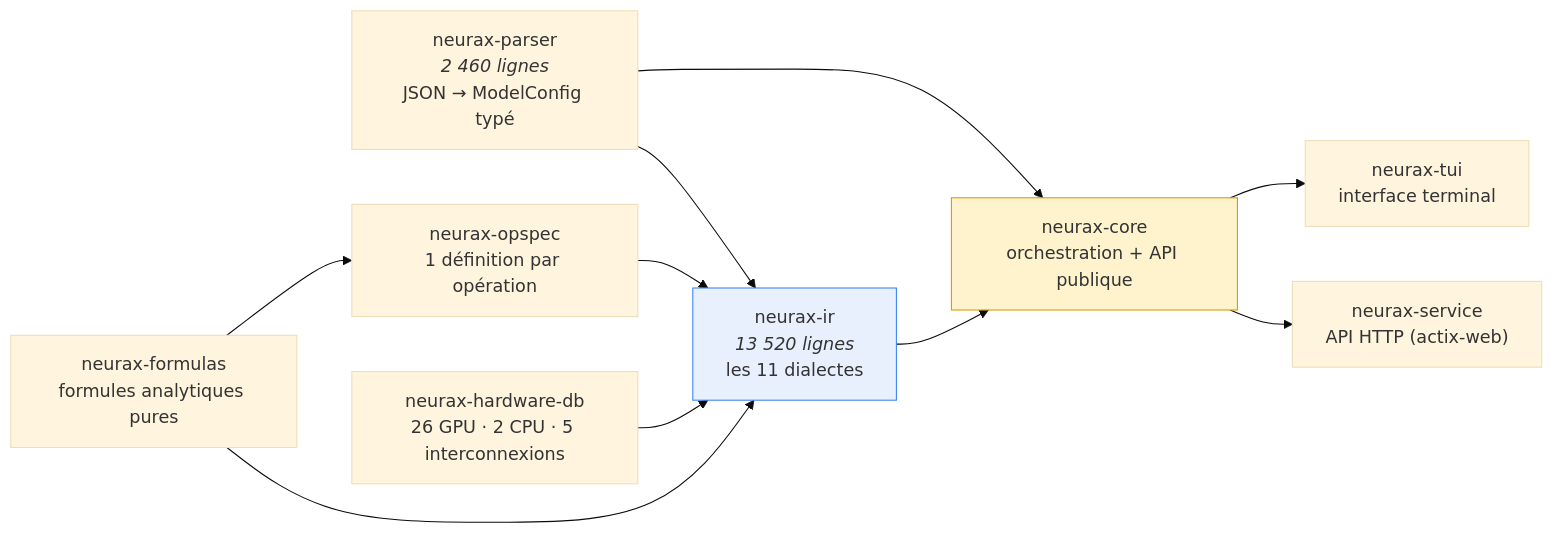
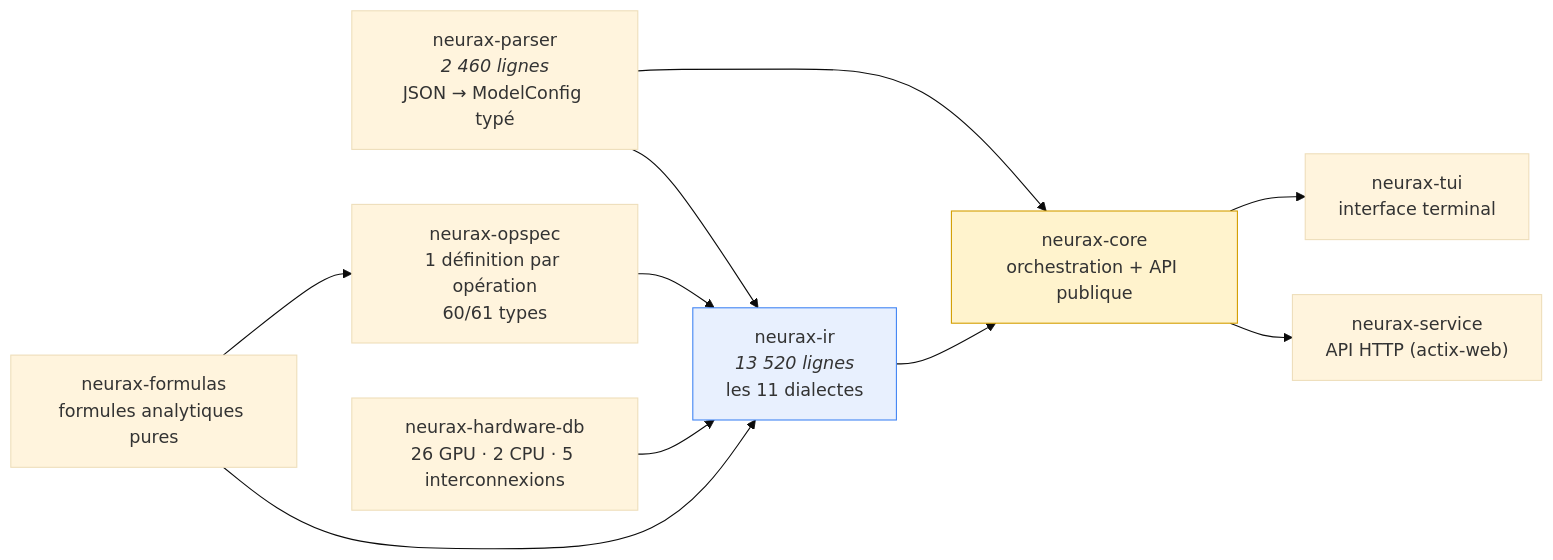
One commit to rustnew/NEURAX changed the third of 36 diagrams in docs.md. Above: the diagram before and after it, drawn with Mermaid (base theme). The commit also changed other lines of this file, not shown here.

First line of the commit message:
docs: correct OpSpec coverage — 60 of 61 layer types, not 22

````diff
--- a/docs.md
+++ b/docs.md
@@ -236,24 +236,24 @@
 ```mermaid
 flowchart LR
     parser["neurax-parser<br/><i>2 460 lignes</i><br/>JSON → ModelConfig typé"]
     ir["neurax-ir<br/><i>13 520 lignes</i><br/>les 11 dialectes"]
     formulas["neurax-formulas<br/>formules analytiques pures"]
-    opspec["neurax-opspec<br/>1 définition par opération"]
+    opspec["neurax-opspec<br/>1 définition par opération<br/>60/61 types"]
     hwdb["neurax-hardware-db<br/>26 GPU · 2 CPU · 5 interconnexions"]
     core["neurax-core<br/>orchestration + API publique"]
     service["neurax-service<br/>API HTTP (actix-web)"]
     tui["neurax-tui<br/>interface terminal"]
 
     parser --> ir
     formulas --> ir
     formulas --> opspec
     opspec --> ir
     hwdb --> ir
     ir --> core
     parser --> core
     core --> service
     core --> tui
 
     style core fill:#fff3cd,stroke:#d39e00
     style ir fill:#e8f0fe,stroke:#4285f4
 ```
````
